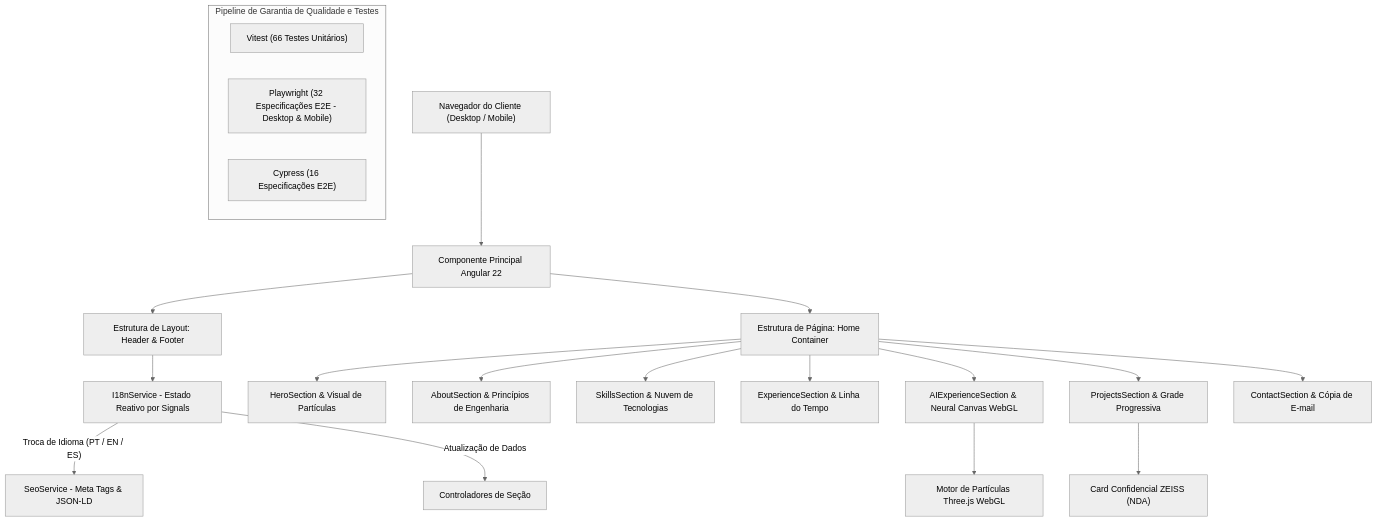
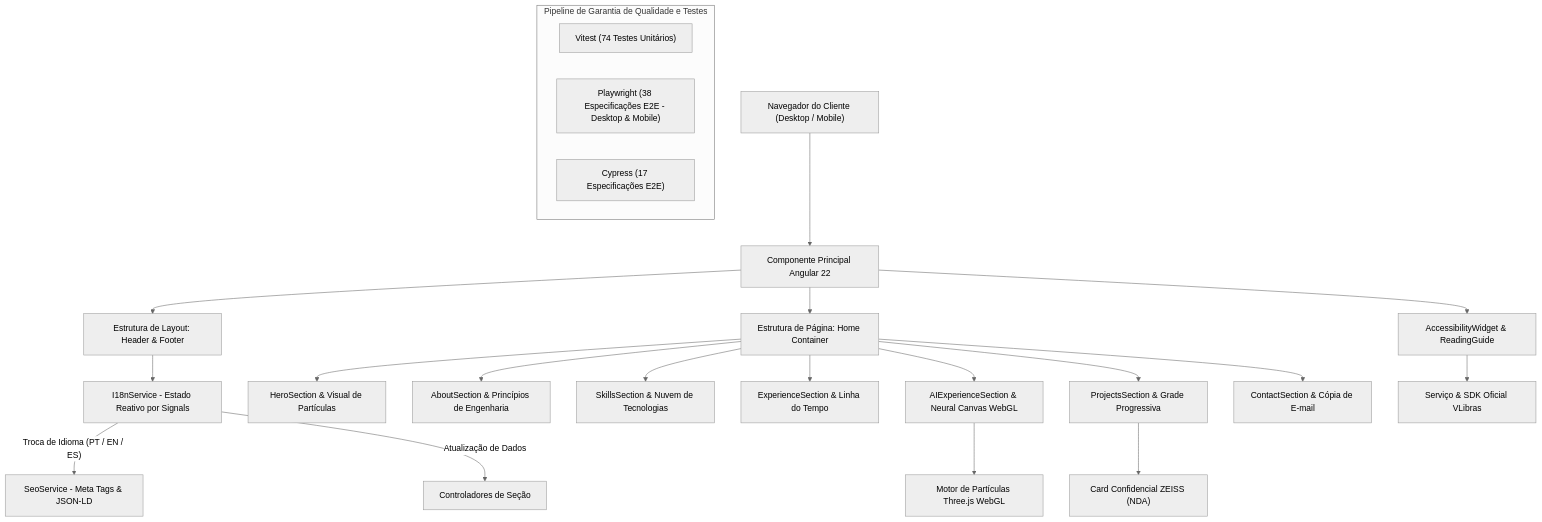
Before and after one commit to DevYuriVieira/portfolio: the second of 2 diagrams in README.md, drawn with Mermaid (neutral theme). The commit also changed other lines of this file, not shown here.

Commit message:
docs: update README with universal accessibility system, VLibras and test metrics

````diff
--- a/README.md
+++ b/README.md
@@ -372,28 +404,30 @@
 ```mermaid
 flowchart TD
     A["Navegador do Cliente (Desktop / Mobile)"] --> B["Componente Principal Angular 22"]
     
     B --> C["Estrutura de Layout: Header & Footer"]
     B --> D["Estrutura de Página: Home Container"]
     
     C --> E["I18nService - Estado Reativo por Signals"]
     E -- "Troca de Idioma (PT / EN / ES)" --> F["SeoService - Meta Tags & JSON-LD"]
     E -- "Atualização de Dados" --> G["Controladores de Seção"]
     
     D --> H1["HeroSection & Visual de Partículas"]
     D --> H2["AboutSection & Princípios de Engenharia"]
     D --> H3["SkillsSection & Nuvem de Tecnologias"]
     D --> H4["ExperienceSection & Linha do Tempo"]
     D --> H5["AIExperienceSection & Neural Canvas WebGL"]
     D --> H6["ProjectsSection & Grade Progressiva"]
     D --> H7["ContactSection & Cópia de E-mail"]
     
     H5 --> I["Motor de Partículas Three.js WebGL"]
     H6 --> J["Card Confidencial ZEISS (NDA)"]
+    B --> A11y["AccessibilityWidget & ReadingGuide"]
+    A11y --> VLibras["Serviço & SDK Oficial VLibras"]
     
     subgraph "Pipeline de Garantia de Qualidade e Testes"
-        K1["Vitest (66 Testes Unitários)"]
-        K2["Playwright (32 Especificações E2E - Desktop & Mobile)"]
-        K3["Cypress (16 Especificações E2E)"]
+        K1["Vitest (74 Testes Unitários)"]
+        K2["Playwright (38 Especificações E2E - Desktop & Mobile)"]
+        K3["Cypress (17 Especificações E2E)"]
     end
 ```
````
